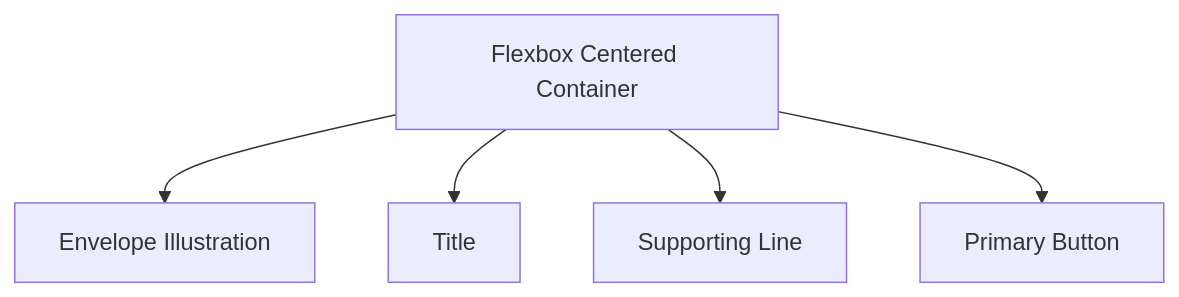
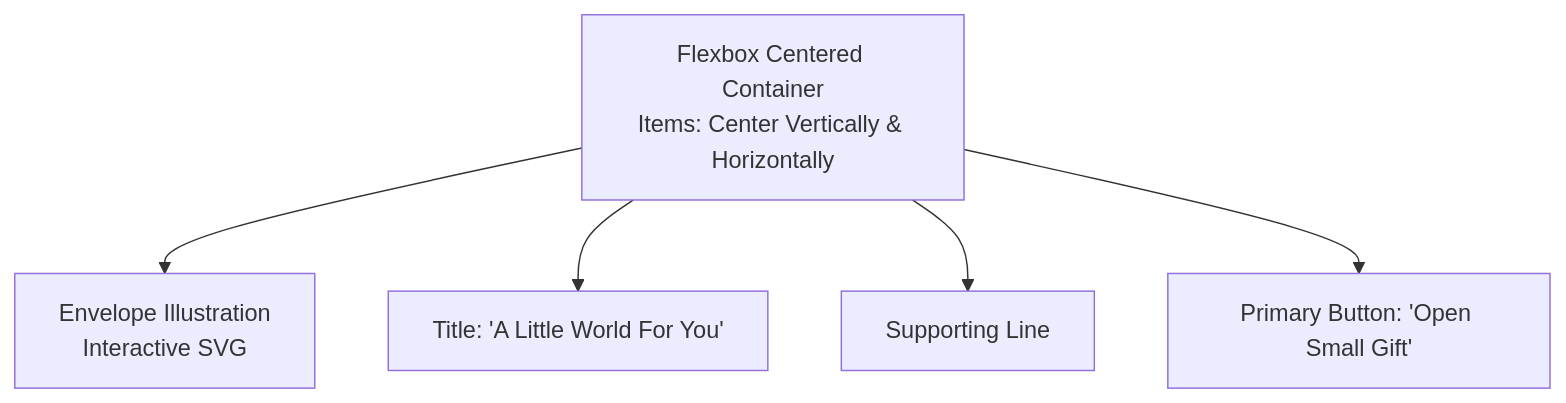
The fifth of 6 diagrams in .qoder/repowiki/en/content/Design System Reference/Visual Principles & Layout.md (quangkiet1/anh-xin-loi), drawn with Mermaid before and after one commit. The commit also changed other lines of this file and 13 other files, not shown here.

````diff
--- a/.qoder/repowiki/en/content/Design System Reference/Visual Principles & Layout.md
+++ b/.qoder/repowiki/en/content/Design System Reference/Visual Principles & Layout.md
@@ -269,7 +293,7 @@
 ```mermaid
 flowchart TD
-CenterContainer["Flexbox Centered Container"] --> Envelope["Envelope Illustration"]
-CenterContainer --> Heading["Title"]
+CenterContainer["Flexbox Centered Container<br/>Items: Center Vertically & Horizontally"] --> Envelope["Envelope Illustration<br/>Interactive SVG"]
+CenterContainer --> Heading["Title: 'A Little World For You'"]
 CenterContainer --> Subtitle["Supporting Line"]
-CenterContainer --> CTA["Primary Button"]
+CenterContainer --> CTA["Primary Button: 'Open Small Gift'"]
 ```
````
